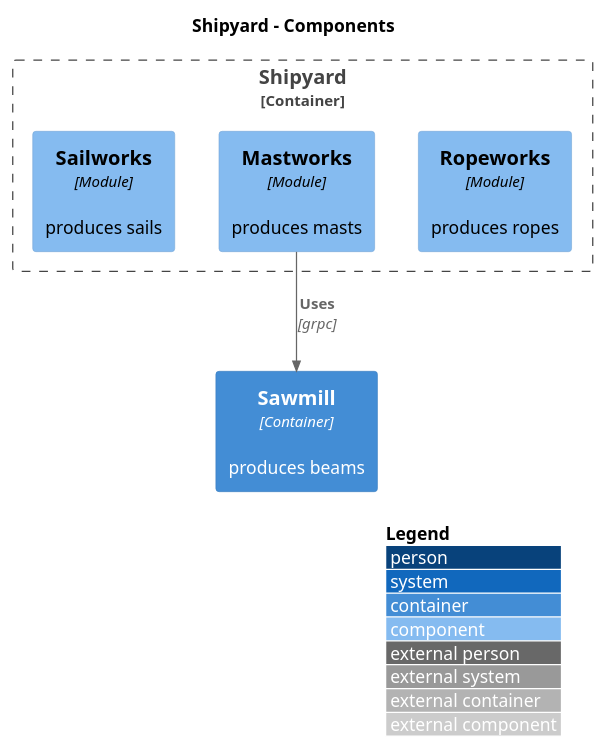
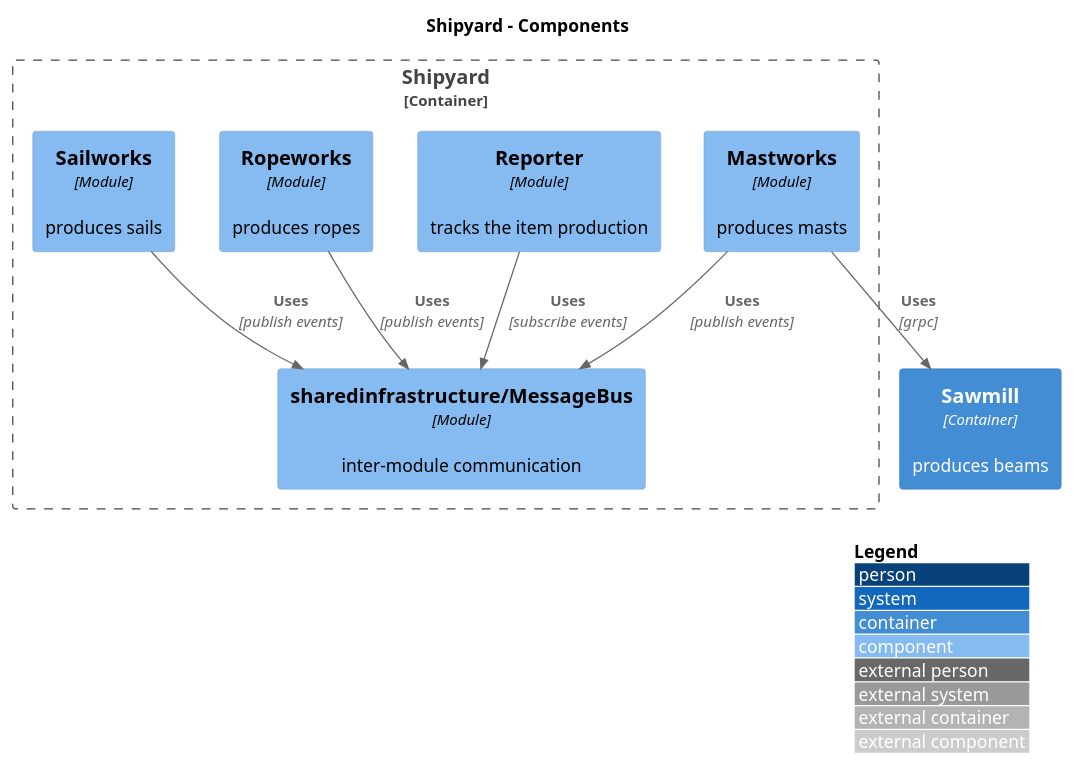
The diagram in modular-monolith/docs/C4_Component.puml (mateuszmidor/GoStudy), drawn with PlantUML before and after one commit. The commit also changed 7 other files, not shown here.

```diff
--- a/modular-monolith/docs/C4_Component.puml
+++ b/modular-monolith/docs/C4_Component.puml
@@ -1,15 +1,21 @@
 @startuml
 !include https://raw.githubusercontent.com/plantuml-stdlib/C4-PlantUML/master/C4_Component.puml
 
 LAYOUT_WITH_LEGEND()
 
 title Shipyard - Components
 
 Container_Boundary(shipyard, "Shipyard") {
+    Component(reporter, "Reporter", "Module", "tracks the item production")
     Component(ropeworks, "Ropeworks", "Module", "produces ropes")
     Component(mastworks, "Mastworks", "Module", "produces masts")
     Component(sailworks, "Sailworks", "Module", "produces sails")
+    Component(messagebus, "sharedinfrastructure/MessageBus", "Module", "inter-module communication")
 }
 Container(sawmill, "Sawmill", "Container", "produces beams")
 Rel(mastworks, sawmill, "Uses", "grpc")
+Rel(ropeworks, messagebus, "Uses", "publish events")
+Rel(mastworks, messagebus, "Uses", "publish events")
+Rel(sailworks, messagebus, "Uses", "publish events")
+Rel(reporter, messagebus, "Uses", "subscribe events")
 @enduml
```
